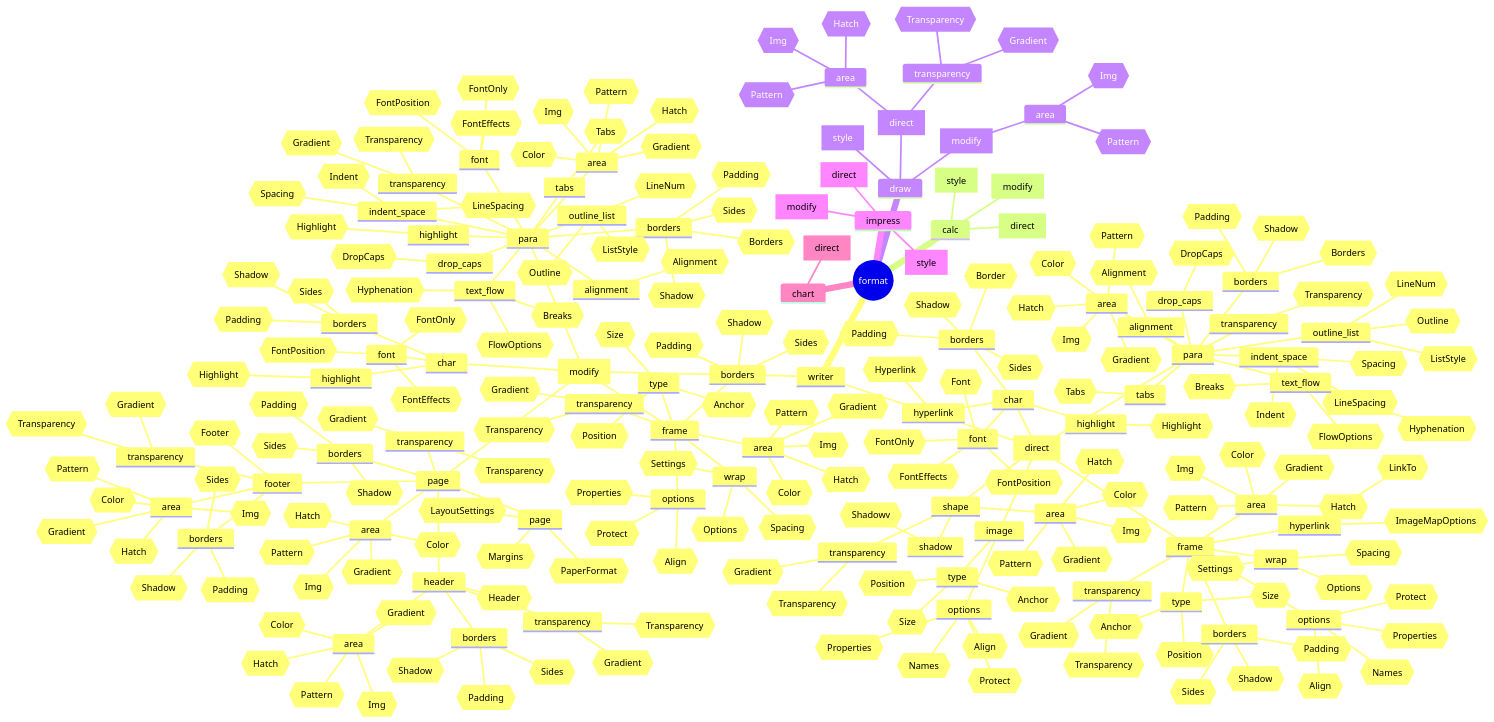
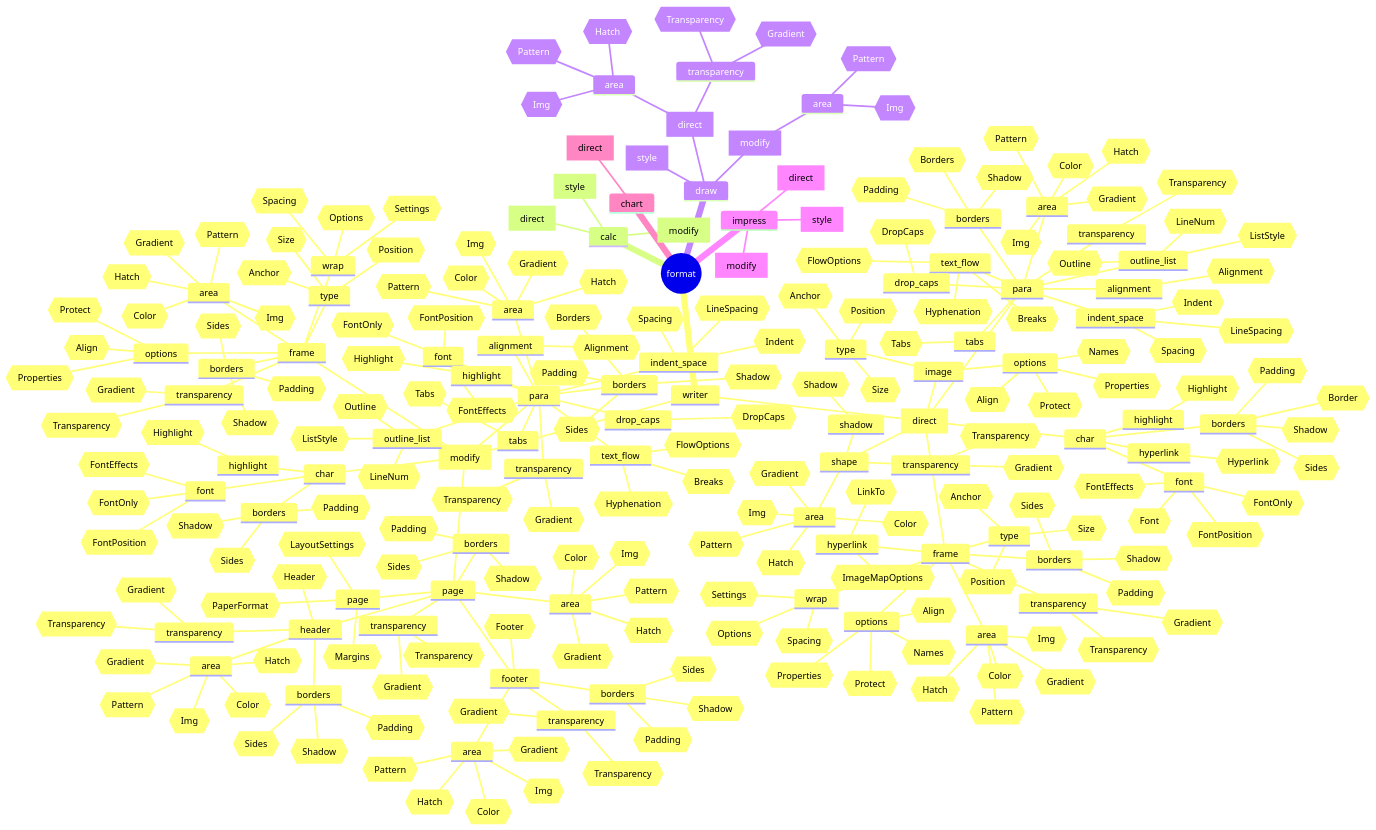
The diagram in ooodev/format/readme.md (Amourspirit/python_ooo_dev_tools), drawn with Mermaid before and after one commit. The commit also changed 8 other files, not shown here.

```diff
--- a/ooodev/format/readme.md
+++ b/ooodev/format/readme.md
@@ -91,7 +91,7 @@
                         id{{Img}}
                         id{{Pattern}}
                     shadow
-                        id{{Shadowv}}
+                        id{{Shadow}}
                     transparency
                         id{{Gradient}}
                         id{{Transparency}}
```
